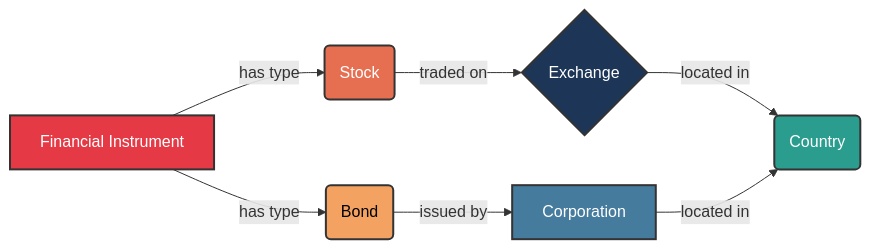
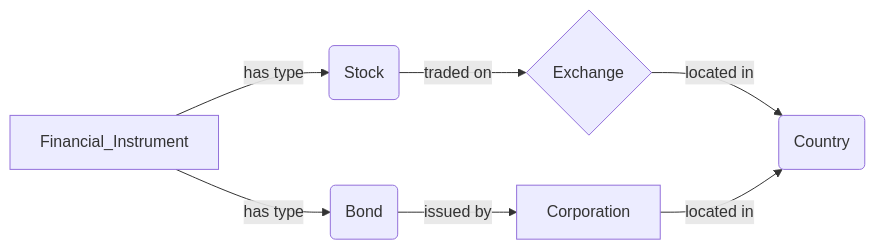
One commit to ikko/sym changed the first of 2 diagrams in README.md. Above: the diagram before and after it, drawn with Mermaid. The commit also changed other lines of this file and 4 other files, not shown here.

Commit message:
drawed mermaid in main README.md, will test now

````diff
--- a/README.md
+++ b/README.md
@@ -17,21 +17,15 @@
 ```mermaid
 graph LR
-    A[Financial Instrument] -- has type --> B(Stock)
-    A -- has type --> C(Bond)
-    B -- traded on --> D{Exchange}
-    C -- issued by --> E[Corporation]
-    D -- located in --> F(Country)
-    E -- located in --> F
-    
-    %% Financial instruments - warm reds
-    style A fill:#e63946,stroke:#333,stroke-width:2px,color:#FFFFFF;
-    style B fill:#e76f51,stroke:#333,stroke-width:2px,color:#FFFFFF;
-    style C fill:#f4a261,stroke:#333,stroke-width:2px,color:#000000;
-    
-    %% Market entities - blues
-    style D fill:#1d3557,stroke:#333,stroke-width:2px,color:#FFFFFF;
-    style E fill:#457b9d,stroke:#333,stroke-width:2px,color:#FFFFFF;
-    
-    %% Location - green
-    style F fill:#2a9d8f,stroke:#333,stroke-width:2px,color:#FFFFFF;
+Bond(Bond)
+Corporation[Corporation]
+Country(Country)
+Exchange{Exchange}
+Financial_Instrument[Financial_Instrument]
+Stock(Stock)
+    Financial_Instrument -- has type --> Stock
+    Stock -- traded on --> Exchange
+    Exchange -- located in --> Country
+    Financial_Instrument -- has type --> Bond
+    Bond -- issued by --> Corporation
+    Corporation -- located in --> Country
 ```
````
